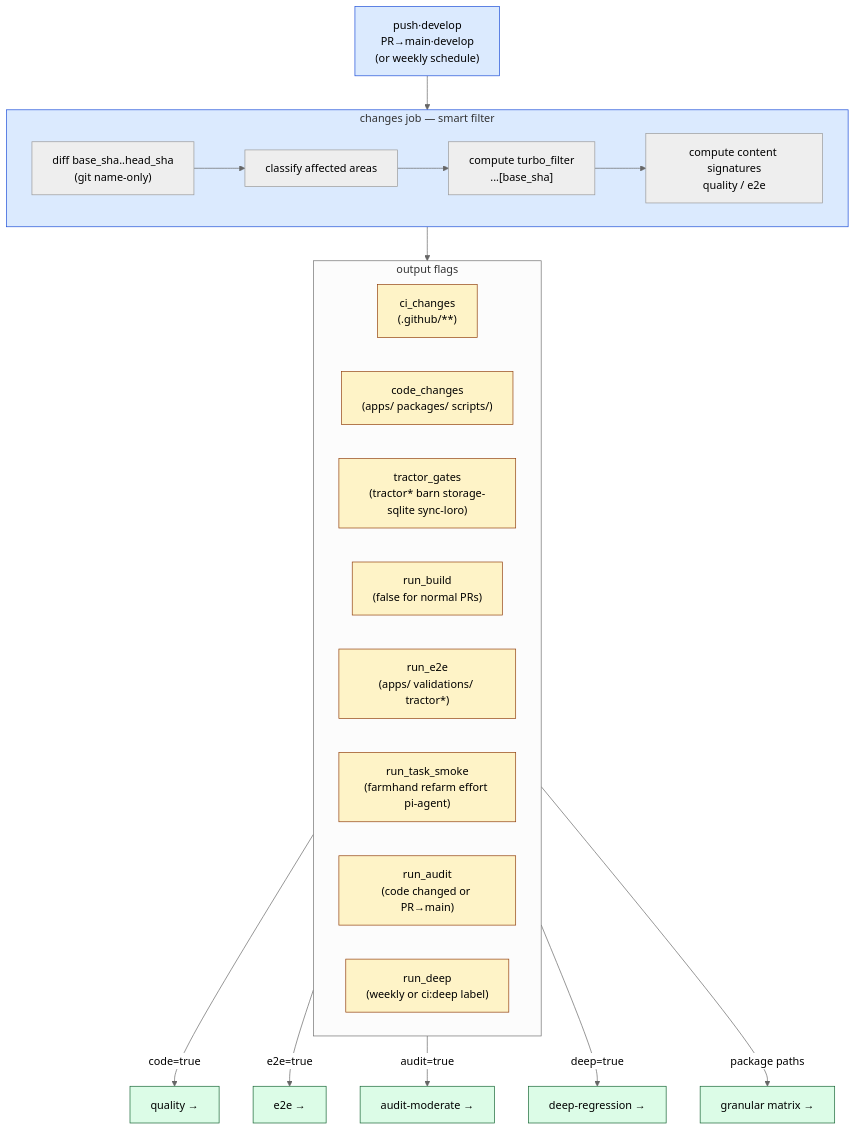
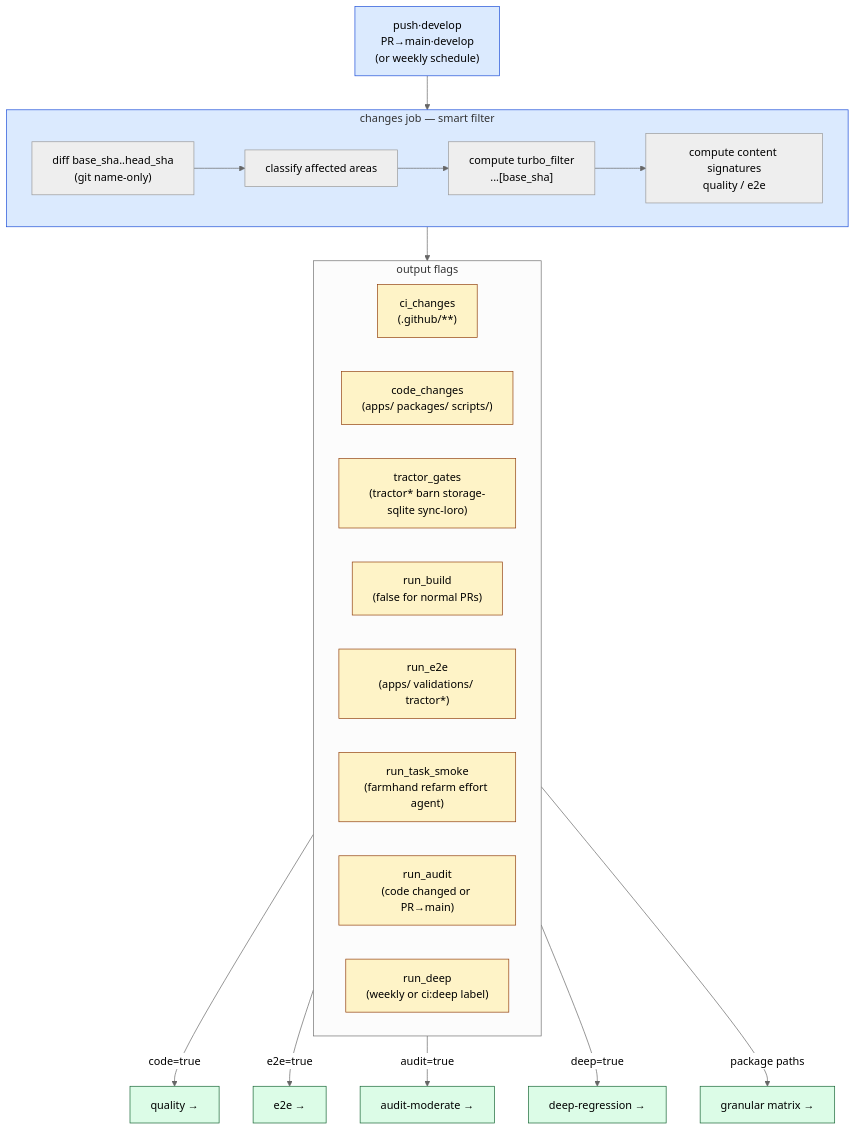
Before and after one commit to aretw0/refarm: the diagram in specs/diagrams/ci-pipeline--changes.mermaid, drawn with Mermaid (neutral theme). The commit also changed 202 other files, not shown here.

```diff
--- a/specs/diagrams/ci-pipeline--changes.mermaid
+++ b/specs/diagrams/ci-pipeline--changes.mermaid
@@ -1,40 +1,40 @@
 flowchart TD
   Trigger["push·develop\nPR→main·develop\n(or weekly schedule)"]
 
   Trigger --> Changes
 
   subgraph Changes["changes job — smart filter"]
     C1["diff base_sha..head_sha\n(git name-only)"]
     C2["classify affected areas"]
     C3["compute turbo_filter\n...[base_sha]"]
     C4["compute content signatures\nquality / e2e"]
     C1 --> C2 --> C3 --> C4
   end
 
   subgraph Flags["output flags"]
     direction LR
     F1["ci_changes\n(.github/**)"]
     F2["code_changes\n(apps/ packages/ scripts/)"]
     F3["tractor_gates\n(tractor* barn storage-sqlite sync-loro)"]
     F4["run_build\n(false for normal PRs)"]
     F5["run_e2e\n(apps/ validations/ tractor*)"]
-    F6["run_task_smoke\n(farmhand refarm effort pi-agent)"]
+    F6["run_task_smoke\n(farmhand refarm effort agent)"]
     F7["run_audit\n(code changed or PR→main)"]
     F8["run_deep\n(weekly or ci:deep label)"]
   end
 
   Changes --> Flags
 
   Flags -->|"code=true"| Q["quality →"]
   Flags -->|"e2e=true"| E["e2e →"]
   Flags -->|"audit=true"| A["audit-moderate →"]
   Flags -->|"deep=true"| D["deep-regression →"]
   Flags -->|"package paths"| M["granular matrix →"]
 
   classDef gate fill:#dbeafe,stroke:#1d4ed8,stroke-width:1px;
   classDef flag fill:#fef3c7,stroke:#92400e,stroke-width:1px;
   classDef job  fill:#dcfce7,stroke:#166534,stroke-width:1px;
 
   class Trigger,Changes gate;
   class F1,F2,F3,F4,F5,F6,F7,F8 flag;
   class Q,E,A,D,M job;
```
